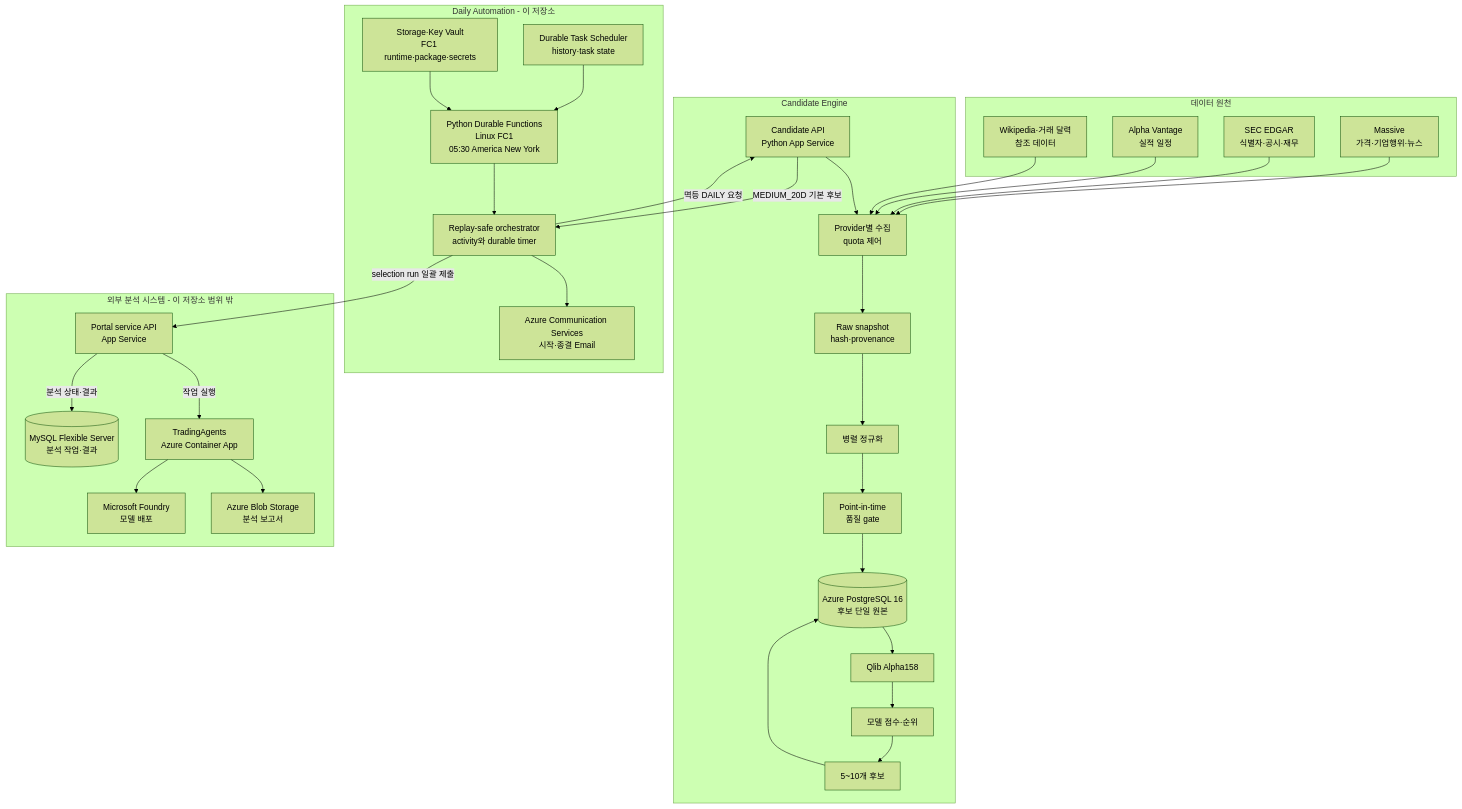
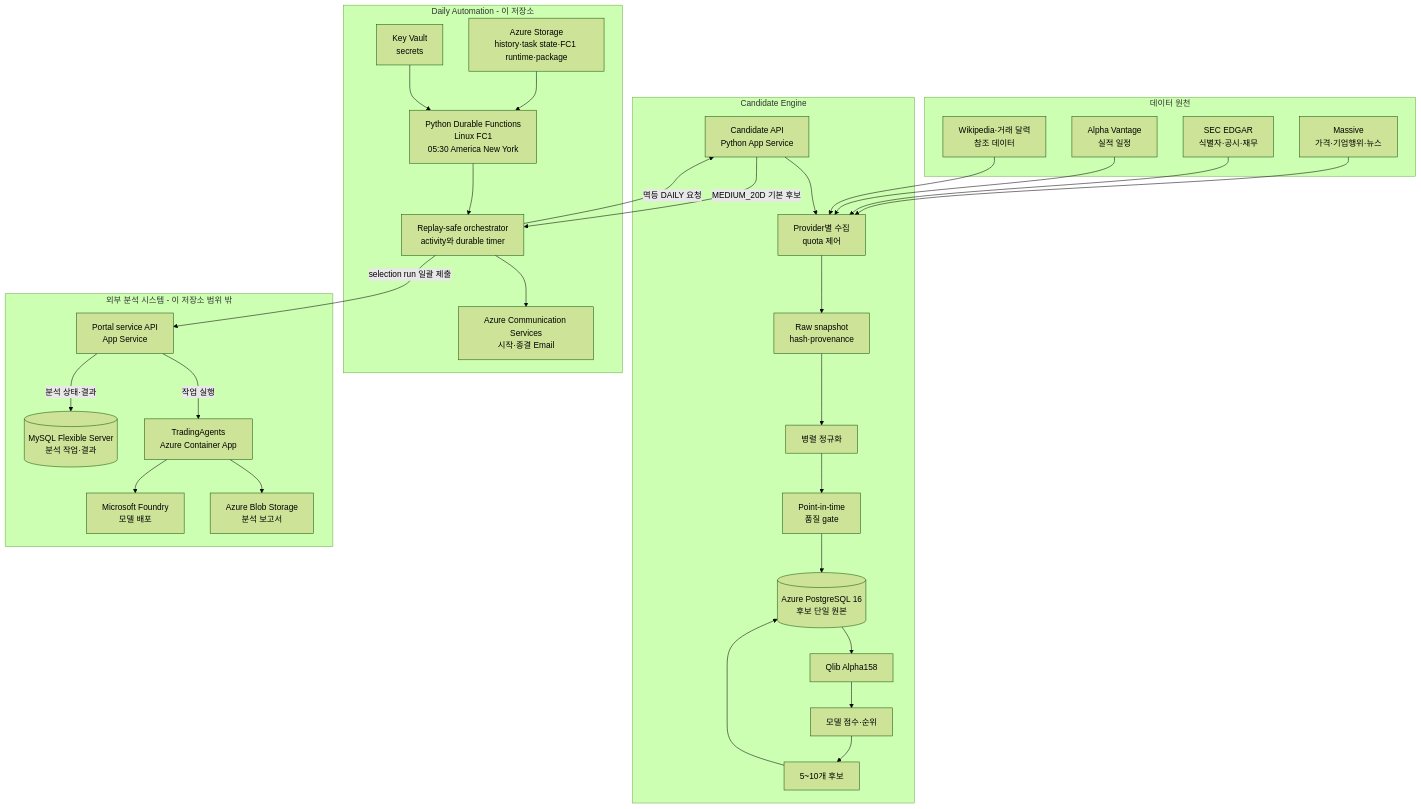
One commit to brjeong-private/sp500-candidate-engine changed the first of 5 diagrams in README.md. Above: the diagram before and after it, drawn with Mermaid (forest theme). The commit also changed other lines of this file and 6 other files, not shown here.

Commit message:
Switch Durable backend to Azure Storage

````diff
--- a/README.md
+++ b/README.md
@@ -86,57 +86,57 @@
 ```mermaid
 flowchart TB
     subgraph Sources["데이터 원천"]
         Massive["Massive<br/>가격·기업행위·뉴스"]
         SEC["SEC EDGAR<br/>식별자·공시·재무"]
         Alpha["Alpha Vantage<br/>실적 일정"]
         Reference["Wikipedia·거래 달력<br/>참조 데이터"]
     end
 
     subgraph Candidate["Candidate Engine"]
         CandidateApi["Candidate API<br/>Python App Service"]
         Collectors["Provider별 수집<br/>quota 제어"]
         Raw["Raw snapshot<br/>hash·provenance"]
         Normalize["병렬 정규화"]
         Gates["Point-in-time<br/>품질 gate"]
         Features["Qlib Alpha158"]
         Scores["모델 점수·순위"]
         Candidates["5~10개 후보"]
         PostgreSQL[("Azure PostgreSQL 16<br/>후보 단일 원본")]
     end
 
     subgraph Automation["Daily Automation - 이 저장소"]
         Timer["Python Durable Functions<br/>Linux FC1<br/>05:30 America New York"]
         Durable["Replay-safe orchestrator<br/>activity와 durable timer"]
         ACS["Azure Communication Services<br/>시작·종결 Email"]
-        State["Durable Task Scheduler<br/>history·task state"]
-        Runtime["Storage·Key Vault<br/>FC1 runtime·package·secrets"]
+        State["Azure Storage<br/>history·task state·FC1 runtime·package"]
+        Runtime["Key Vault<br/>secrets"]
     end
 
     subgraph External["외부 분석 시스템 - 이 저장소 범위 밖"]
         Portal["Portal service API<br/>App Service"]
         MySQL[("MySQL Flexible Server<br/>분석 작업·결과")]
         TradingAgents["TradingAgents<br/>Azure Container App"]
         Foundry["Microsoft Foundry<br/>모델 배포"]
         Reports["Azure Blob Storage<br/>분석 보고서"]
     end
 
     Massive --> Collectors
     SEC --> Collectors
     Alpha --> Collectors
     Reference --> Collectors
     CandidateApi --> Collectors
     Collectors --> Raw --> Normalize --> Gates --> PostgreSQL
     PostgreSQL --> Features --> Scores --> Candidates --> PostgreSQL
 
     Timer --> Durable
     State --> Timer
     Runtime --> Timer
     Durable -->|"멱등 DAILY 요청"| CandidateApi
     CandidateApi -->|"MEDIUM_20D 기본 후보"| Durable
     Durable -->|"selection run 일괄 제출"| Portal
     Portal -->|"작업 실행"| TradingAgents
     Portal -->|"분석 상태·결과"| MySQL
     TradingAgents --> Foundry
     TradingAgents --> Reports
     Durable --> ACS
 ```
````
